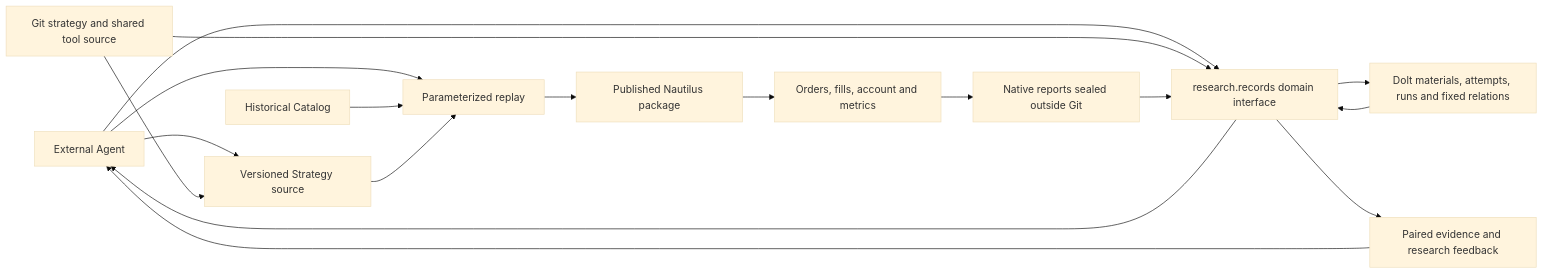
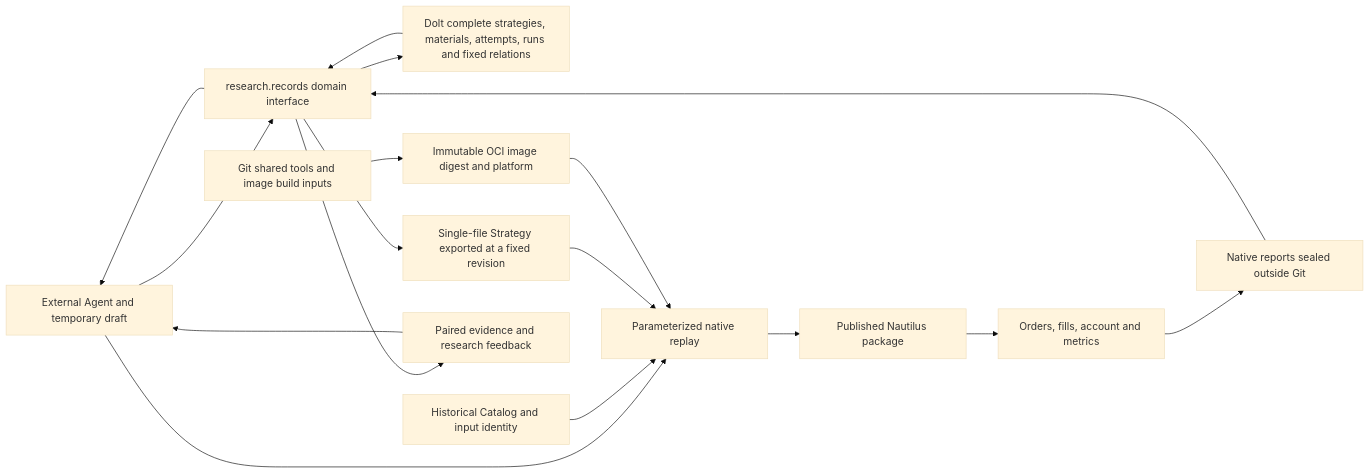
Before and after one commit to qOeOp/trade: the diagram in docs/architecture.md, drawn with Mermaid (base theme). The commit also changed other lines of this file and 30 other files, not shown here.

Commit message:
refactor(strategy)!: move H19a custody outside product Git

````diff
--- a/docs/architecture.md
+++ b/docs/architecture.md
@@ -5,19 +5,19 @@
 ```mermaid
 flowchart LR
-  A[External Agent] --> S[Versioned Strategy source]
-  A --> Q[research.records domain interface]
-  Q --> L[Dolt materials, attempts, runs and fixed relations]
+  A[External Agent and temporary draft] --> Q[research.records domain interface]
+  Q --> L[Dolt complete strategies, materials, attempts, runs and fixed relations]
   L --> Q
   Q --> A
-  G[Git strategy and shared tool source] --> S
-  G --> Q
-  A --> R[Parameterized replay]
-  D[Historical Catalog] --> R
+  Q --> S[Single-file Strategy exported at a fixed revision]
+  G[Git shared tools and image build inputs] --> I[Immutable OCI image digest and platform]
+  A --> R[Parameterized native replay]
+  D[Historical Catalog and input identity] --> R
   S --> R
+  I --> R
   R --> N[Published Nautilus package]
   N --> E[Orders, fills, account and metrics]
   E --> C[Native reports sealed outside Git]
   C --> Q
   Q --> F[Paired evidence and research feedback]
   F --> A
 ```
````
